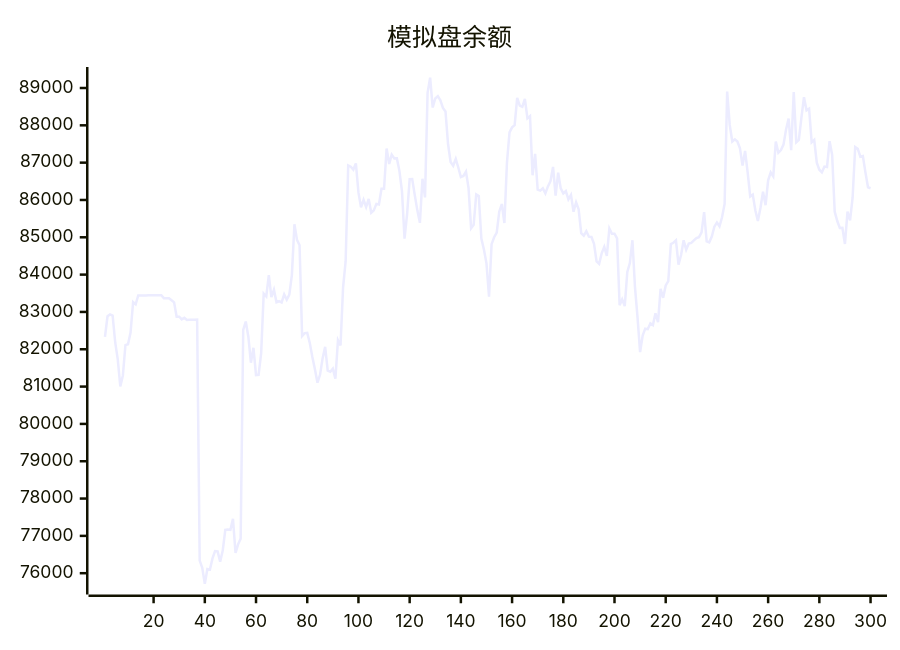
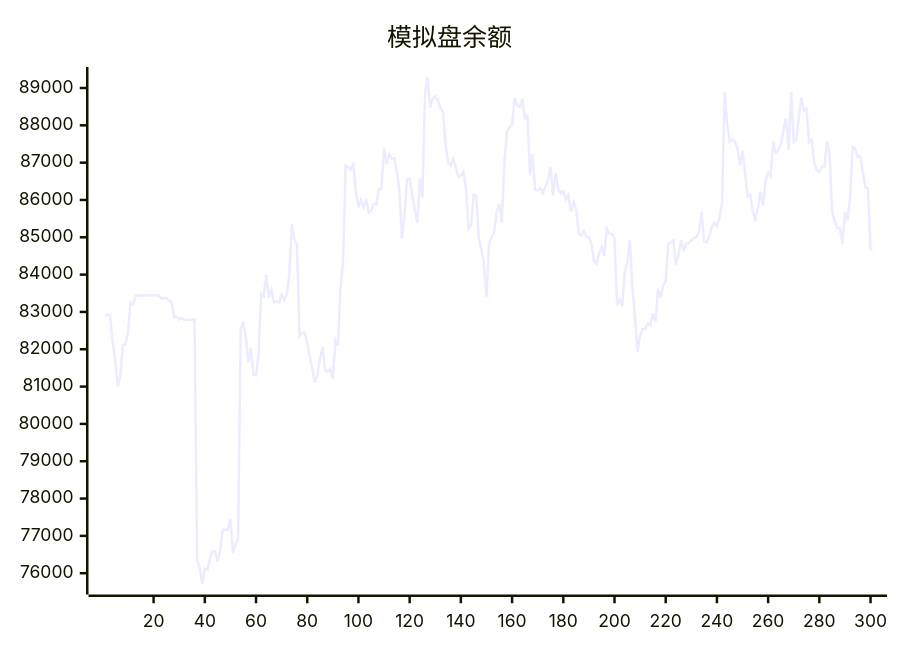
The diagram in README.md (aahl/ai-trading), drawn with Mermaid before and after one commit. The commit also changed other lines of this file and 1 other file, not shown here.

````diff
--- a/README.md
+++ b/README.md
@@ -5,5 +5,5 @@
 ```mermaid
 xychart
     title "模拟盘余额"
-    line [82330,82883,82934,82901,82188,81728,81005,81298,82110,82135,82449,83264,83203,83440,83439,83440,83440,83446,83447,83448,83447,83448,83449,83369,83369,83369,83313,83256,82872,82873,82801,82844,82785,82791,82791,82793,82794,76339,76145,75714,76110,76096,76397,76594,76585,76310,76607,77160,77170,77160,77456,76541,76774,76927,82520,82744,82337,81639,82040,81307,81314,81887,83490,83414,83984,83396,83594,83261,83287,83253,83470,83327,83465,83987,85348,84930,84786,82355,82433,82438,82167,81795,81466,81105,81315,81756,82064,81426,81398,81481,81210,82242,82099,83658,84359,86925,86892,86814,86980,86203,85802,86003,85811,86028,85657,85721,85896,85880,86300,86299,87378,86965,87214,87115,87118,86780,86238,84966,85623,86555,86562,86129,85722,85387,86569,86070,88870,89278,88477,88720,88781,88668,88467,88372,87493,87018,86917,87102,86870,86613,86644,86758,86317,85242,85334,86149,86106,84968,84671,84302,83410,84816,85001,85127,85693,85891,85384,87001,87811,87945,88007,88734,88528,88495,88705,88189,88248,86662,87234,86279,86251,86314,86177,86364,86503,86886,86114,86731,86310,86176,86240,86017,86136,85685,85938,85749,85111,85044,85164,85016,85008,84824,84354,84287,84572,84745,84500,85234,85096,85095,84970,83180,83338,83157,84070,84309,84922,83667,82850,81924,82369,82552,82539,82695,82648,82962,82728,83619,83378,83710,83825,84819,84854,84917,84265,84527,84919,84668,84834,84850,84916,84981,85004,85131,85674,84891,84864,85019,85284,85393,85294,85538,85894,88904,88012,87567,87625,87568,87386,86920,87313,86737,86094,86143,85725,85437,85787,86219,85859,86526,86740,86630,87563,87264,87335,87483,87886,88180,87335,88894,87544,87608,88207,88755,88401,88444,87543,87608,87000,86810,86740,86894,86884,87576,87209,85686,85435,85251,85255,84820,85689,85453,86066,87420,87373,87161,87178,86740,86341,86315]
+    line [82883,82934,82901,82188,81728,81005,81298,82110,82135,82449,83264,83203,83440,83439,83440,83440,83446,83447,83448,83447,83448,83449,83369,83369,83369,83313,83256,82872,82873,82801,82844,82785,82791,82791,82793,82794,76339,76145,75714,76110,76096,76397,76594,76585,76310,76607,77160,77170,77160,77456,76541,76774,76927,82520,82744,82337,81639,82040,81307,81314,81887,83490,83414,83984,83396,83594,83261,83287,83253,83470,83327,83465,83987,85348,84930,84786,82355,82433,82438,82167,81795,81466,81105,81315,81756,82064,81426,81398,81481,81210,82242,82099,83658,84359,86925,86892,86814,86980,86203,85802,86003,85811,86028,85657,85721,85896,85880,86300,86299,87378,86965,87214,87115,87118,86780,86238,84966,85623,86555,86562,86129,85722,85387,86569,86070,88870,89278,88477,88720,88781,88668,88467,88372,87493,87018,86917,87102,86870,86613,86644,86758,86317,85242,85334,86149,86106,84968,84671,84302,83410,84816,85001,85127,85693,85891,85384,87001,87811,87945,88007,88734,88528,88495,88705,88189,88248,86662,87234,86279,86251,86314,86177,86364,86503,86886,86114,86731,86310,86176,86240,86017,86136,85685,85938,85749,85111,85044,85164,85016,85008,84824,84354,84287,84572,84745,84500,85234,85096,85095,84970,83180,83338,83157,84070,84309,84922,83667,82850,81924,82369,82552,82539,82695,82648,82962,82728,83619,83378,83710,83825,84819,84854,84917,84265,84527,84919,84668,84834,84850,84916,84981,85004,85131,85674,84891,84864,85019,85284,85393,85294,85538,85894,88904,88012,87567,87625,87568,87386,86920,87313,86737,86094,86143,85725,85437,85787,86219,85859,86526,86740,86630,87563,87264,87335,87483,87886,88180,87335,88894,87544,87608,88207,88755,88401,88444,87543,87608,87000,86810,86740,86894,86884,87576,87209,85686,85435,85251,85255,84820,85689,85453,86066,87420,87373,87161,87178,86740,86341,86315,84643]
 ```
````
